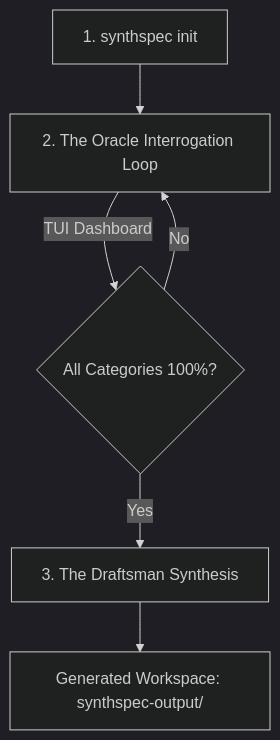
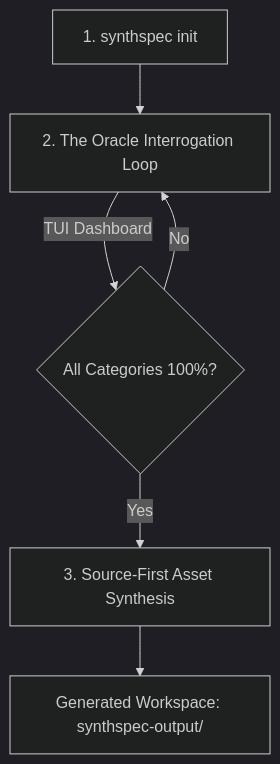
One commit to toanle88/SynthSpec changed the diagram in README.md. Above: the diagram before and after it, drawn with Mermaid (dark theme). The commit also changed other lines of this file and 29 other files, not shown here.

````diff
--- a/README.md
+++ b/README.md
@@ -11,8 +11,8 @@
 ```mermaid
 flowchart TD
     Init[1. synthspec init] --> Interrogate[2. The Oracle Interrogation Loop]
     Interrogate --> |TUI Dashboard | Confidence{All Categories 100%?}
     Confidence -->|No| Interrogate
-    Confidence -->|Yes| Generate[3. The Draftsman Synthesis]
+    Confidence -->|Yes| Generate[3. Source-First Asset Synthesis]
     Generate --> Output[Generated Workspace: synthspec-output/]
 ```
````
